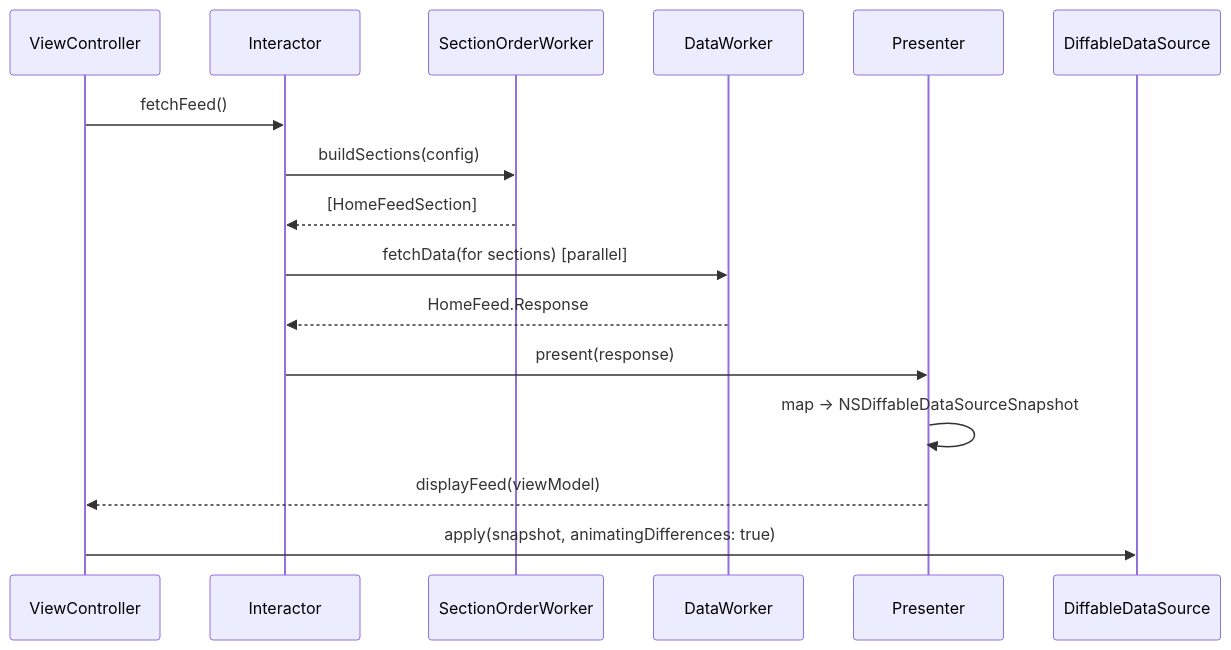
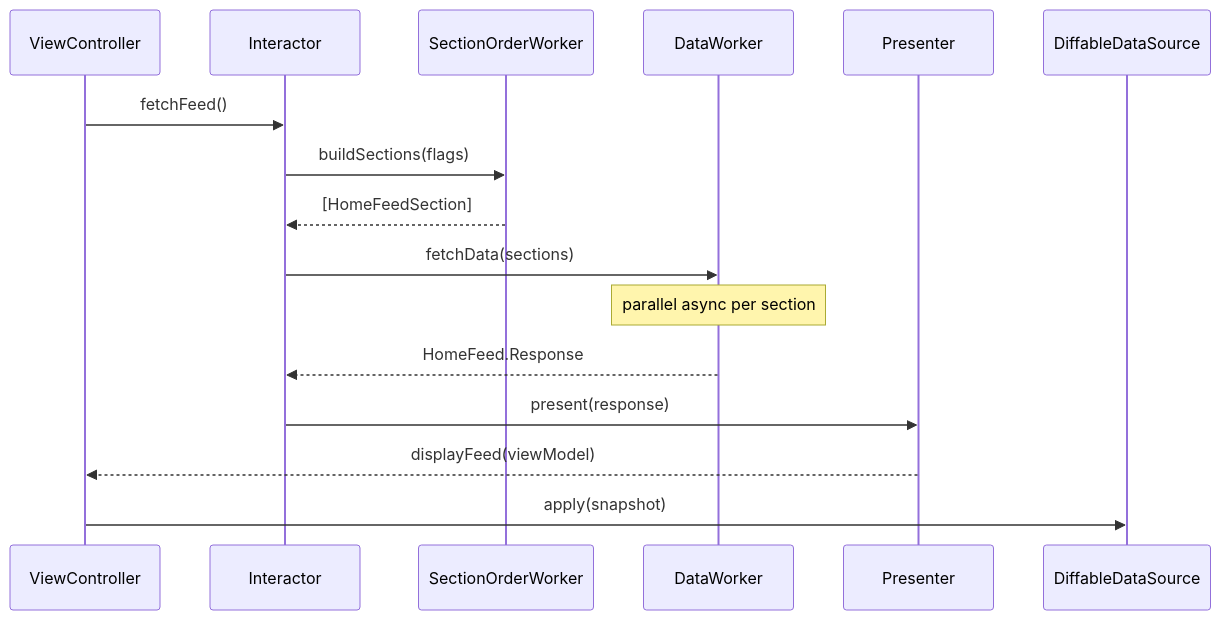
Before and after one commit to abid-zameen/ios-bayut-home: the second of 5 diagrams in README.md, drawn with Mermaid. The commit also changed other lines of this file, not shown here.

````diff
--- a/README.md
+++ b/README.md
@@ -106,19 +101,19 @@
 ```mermaid
 sequenceDiagram
     participant VC as ViewController
     participant I as Interactor
     participant OW as SectionOrderWorker
     participant DW as DataWorker
     participant P as Presenter
     participant DS as DiffableDataSource
 
     VC->>I: fetchFeed()
-    I->>OW: buildSections(config)
+    I->>OW: buildSections(flags)
     OW-->>I: [HomeFeedSection]
-    I->>DW: fetchData(for sections) [parallel]
+    I->>DW: fetchData(sections)
+    Note over DW: parallel async per section
     DW-->>I: HomeFeed.Response
     I->>P: present(response)
-    P->>P: map → NSDiffableDataSourceSnapshot
     P-->>VC: displayFeed(viewModel)
-    VC->>DS: apply(snapshot, animatingDifferences: true)
+    VC->>DS: apply(snapshot)
 ```
````
